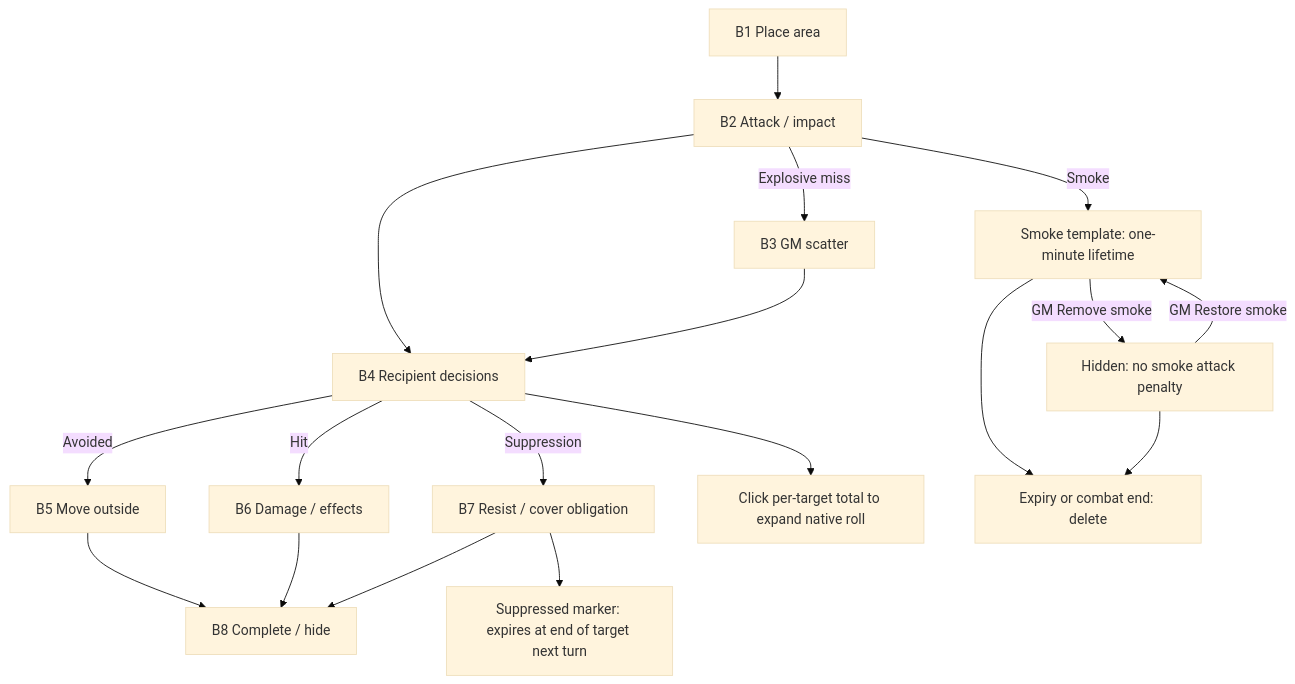
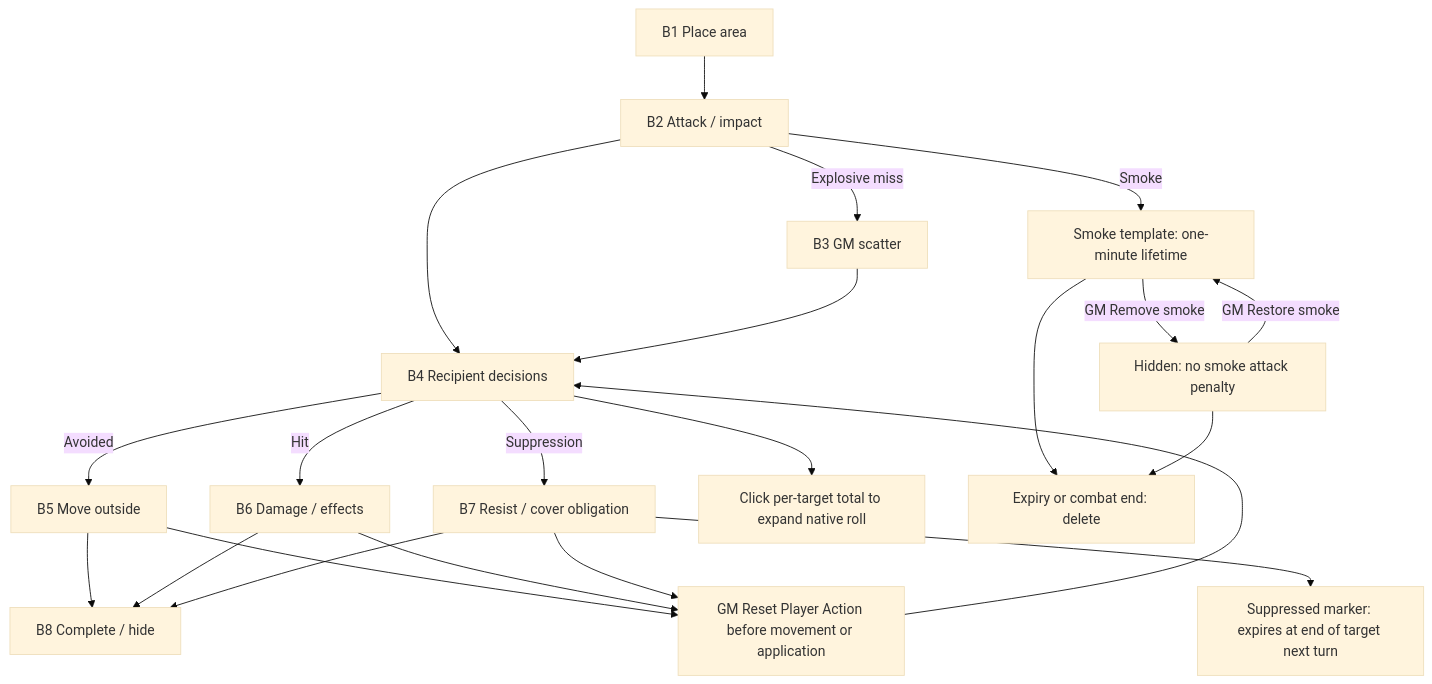
The fourth of 15 diagrams in docs/flow-map.md (GMPneuma/PneumaCombatTools), drawn with Mermaid (base theme) before and after one commit. The commit also changed other lines of this file and 73 other files, not shown here.

```diff
--- a/docs/flow-map.md
+++ b/docs/flow-map.md
@@ -94,20 +94,24 @@
 ~~~mermaid
 flowchart TD
  B1["B1 Place area"] --> B2["B2 Attack / impact"]
  B2 -->|Explosive miss| B3["B3 GM scatter"]
  B2 --> B4["B4 Recipient decisions"]
  B3 --> B4
  B4 -->|Avoided| B5["B5 Move outside"]
  B4 -->|Hit| B6["B6 Damage / effects"]
  B4 -->|Suppression| B7["B7 Resist / cover obligation"]
  B5 --> B8["B8 Complete / hide"]
  B6 --> B8
  B7 --> B8
  B7 --> BP["Suppressed marker: expires at end of target next turn"]
  B4 --> BT["Click per-target total to expand native roll"]
  B2 -->|Smoke| BS["Smoke template: one-minute lifetime"]
  BS -->|GM Remove smoke| BH["Hidden: no smoke attack penalty"]
  BH -->|GM Restore smoke| BS
  BS --> BX["Expiry or combat end: delete"]
  BH --> BX
+ B5 --> BR["GM Reset Player Action before movement or application"]
+ B6 --> BR
+ B7 --> BR
+ BR --> B4
 ~~~
```
